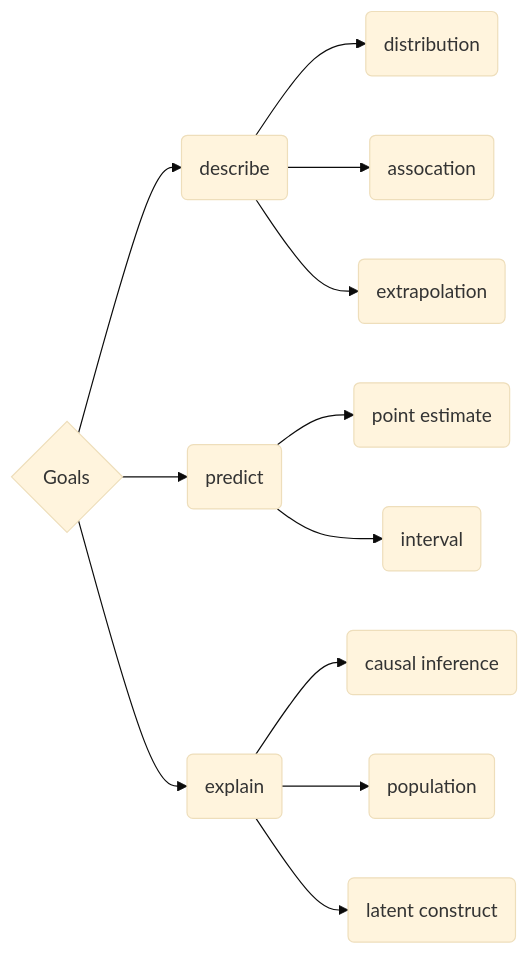
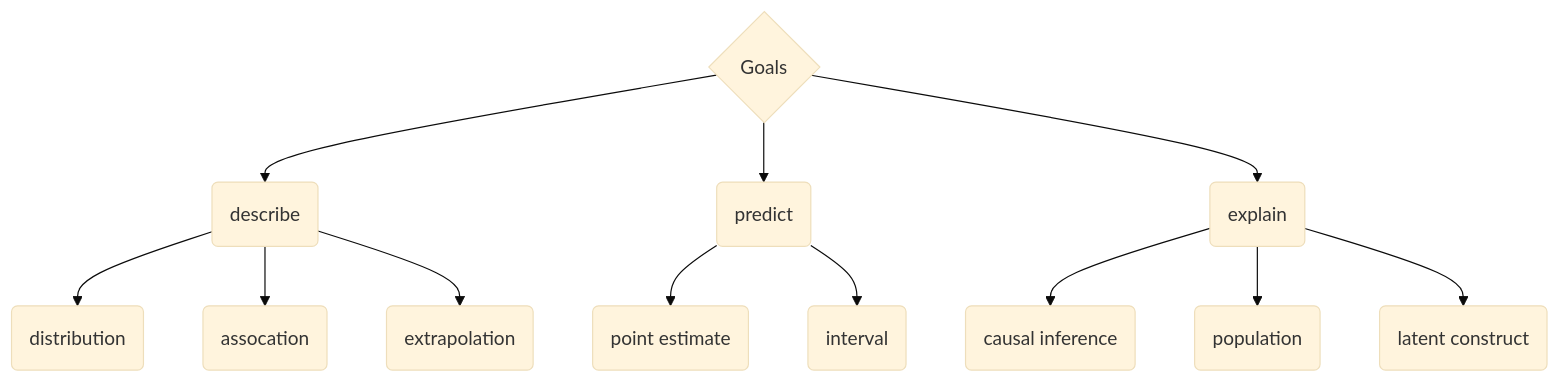
Before and after one commit to sebastiansauer/start-bayes: the first of 3 diagrams in 0200-Inferenz.qmd, drawn with Mermaid (base theme). The commit also changed other lines of this file and 12 other files, not shown here.

````diff
--- a/0200-Inferenz.qmd
+++ b/0200-Inferenz.qmd
@@ -55,17 +55,17 @@
 ```{mermaid}
 %%| label: fig-goals
 %%| fig-cap: A taxonomy of statistical goals
-flowchart LR
+flowchart TD 
   A{Goals} --> B(describe)
   A --> C(predict)
   A --> D(explain)
   B --> E(distribution)
   B --> F(assocation)
   B --> G(extrapolation)
   C --> H(point estimate)
   C --> I(interval)
   D --> J(causal inference)
   D --> K(population)
   D --> L(latent construct)
 
 ```
````
